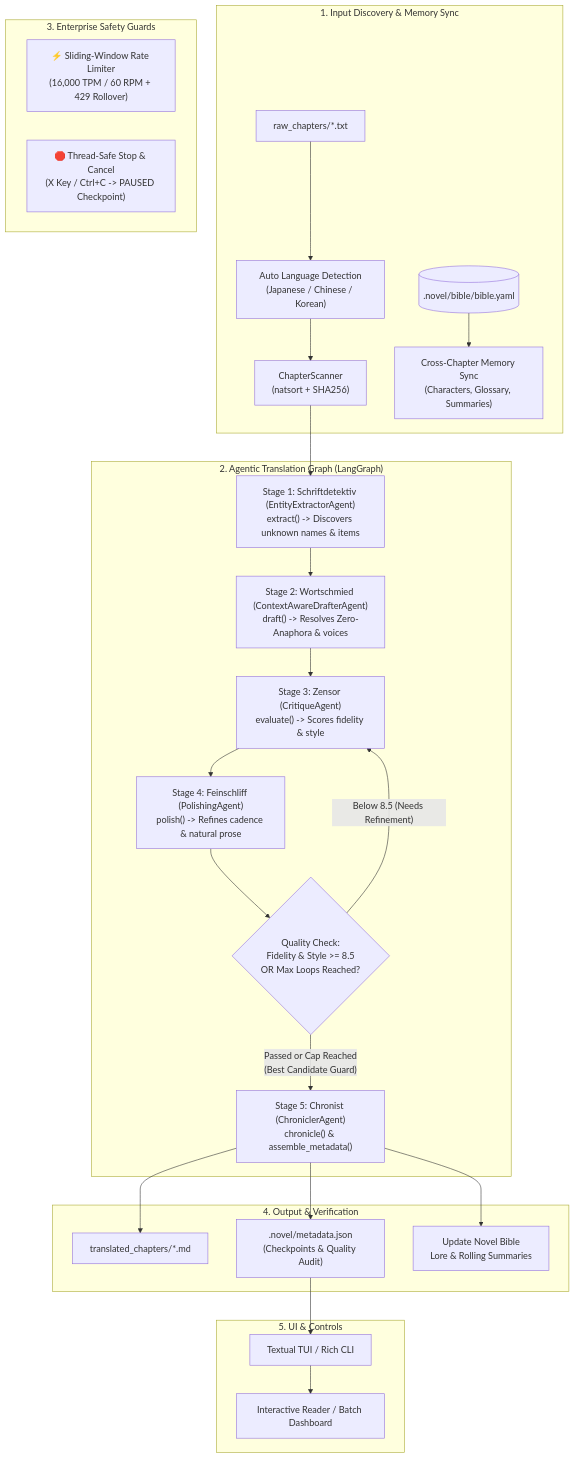
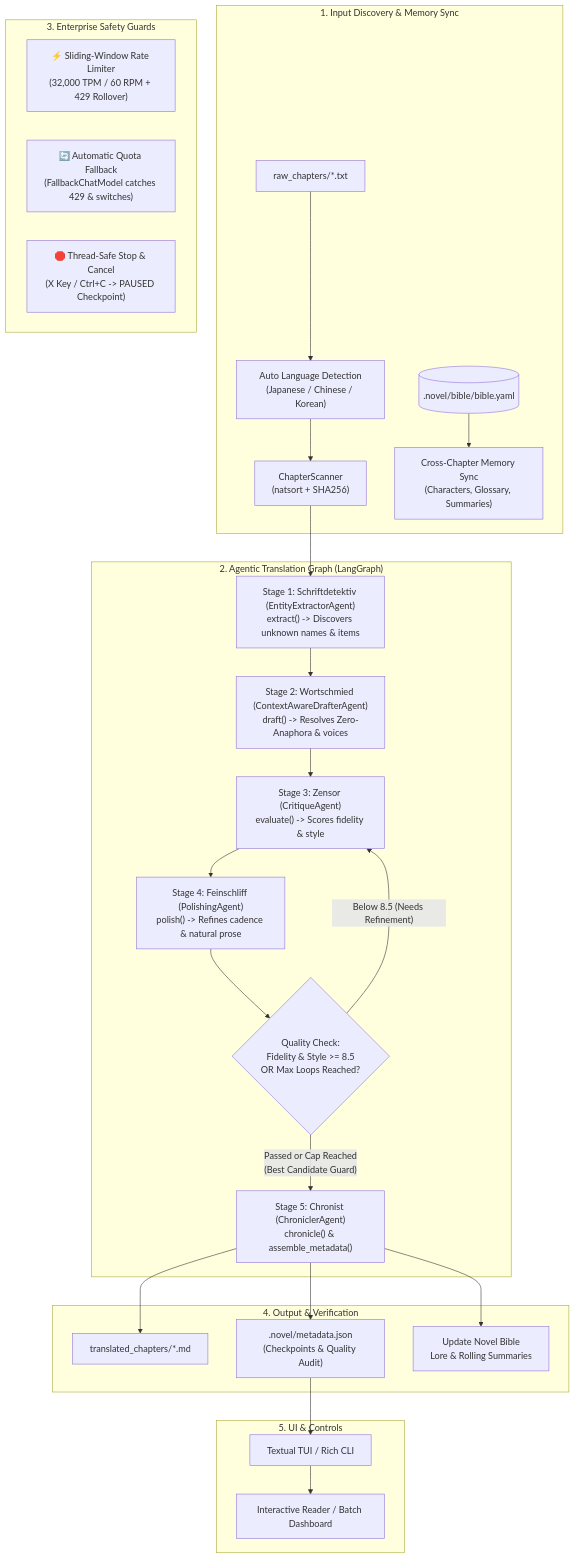
Before and after one commit to Checkmartyr/NouSetsu: the diagram in README.md, drawn with Mermaid. The commit also changed other lines of this file and 8 other files, not shown here.

````diff
--- a/README.md
+++ b/README.md
@@ -45,35 +46,36 @@
 ```mermaid
 flowchart TD
     subgraph Input_Discovery ["1. Input Discovery & Memory Sync"]
         Raw["raw_chapters/*.txt"] --> LangDetect["Auto Language Detection\n(Japanese / Chinese / Korean)"]
         LangDetect --> Scanner["ChapterScanner\n(natsort + SHA256)"]
         Bible[(".novel/bible/bible.yaml")] --> MemorySync["Cross-Chapter Memory Sync\n(Characters, Glossary, Summaries)"]
     end
 
     subgraph Translation_Graph ["2. Agentic Translation Graph (LangGraph)"]
         Scanner --> Extractor["Stage 1: Schriftdetektiv (EntityExtractorAgent)\nextract() -> Discovers unknown names & items"]
         Extractor --> Drafter["Stage 2: Wortschmied (ContextAwareDrafterAgent)\ndraft() -> Resolves Zero-Anaphora & voices"]
         Drafter --> Critic["Stage 3: Zensor (CritiqueAgent)\nevaluate() -> Scores fidelity & style"]
         Critic --> Polish["Stage 4: Feinschliff (PolishingAgent)\npolish() -> Refines cadence & natural prose"]
         
         Polish --> ReviewCheck{"Quality Check:\nFidelity & Style >= 8.5\nOR Max Loops Reached?"}
         ReviewCheck -- "Below 8.5 (Needs Refinement)" --> Critic
         ReviewCheck -- "Passed or Cap Reached\n(Best Candidate Guard)" --> Chronicler["Stage 5: Chronist (ChroniclerAgent)\nchronicle() & assemble_metadata()"]
     end
 
     subgraph Safety_Guards ["3. Enterprise Safety Guards"]
-        RateLimiter["⚡ Sliding-Window Rate Limiter\n(16,000 TPM / 60 RPM + 429 Rollover)"]
+        RateLimiter["⚡ Sliding-Window Rate Limiter\n(32,000 TPM / 60 RPM + 429 Rollover)"]
+        FallbackGuard["🔄 Automatic Quota Fallback\n(FallbackChatModel catches 429 & switches)"]
         StopGuard["🛑 Thread-Safe Stop & Cancel\n(X Key / Ctrl+C -> PAUSED Checkpoint)"]
     end
 
     subgraph Output_Verification ["4. Output & Verification"]
         Chronicler --> OutText["translated_chapters/*.md"]
         Chronicler --> Meta[".novel/metadata.json\n(Checkpoints & Quality Audit)"]
         Chronicler --> BibleUpdate["Update Novel Bible\nLore & Rolling Summaries"]
     end
 
     subgraph UI_Controls ["5. UI & Controls"]
         Meta --> TUI["Textual TUI / Rich CLI"]
         TUI --> User["Interactive Reader / Batch Dashboard"]
     end
 ```
````
